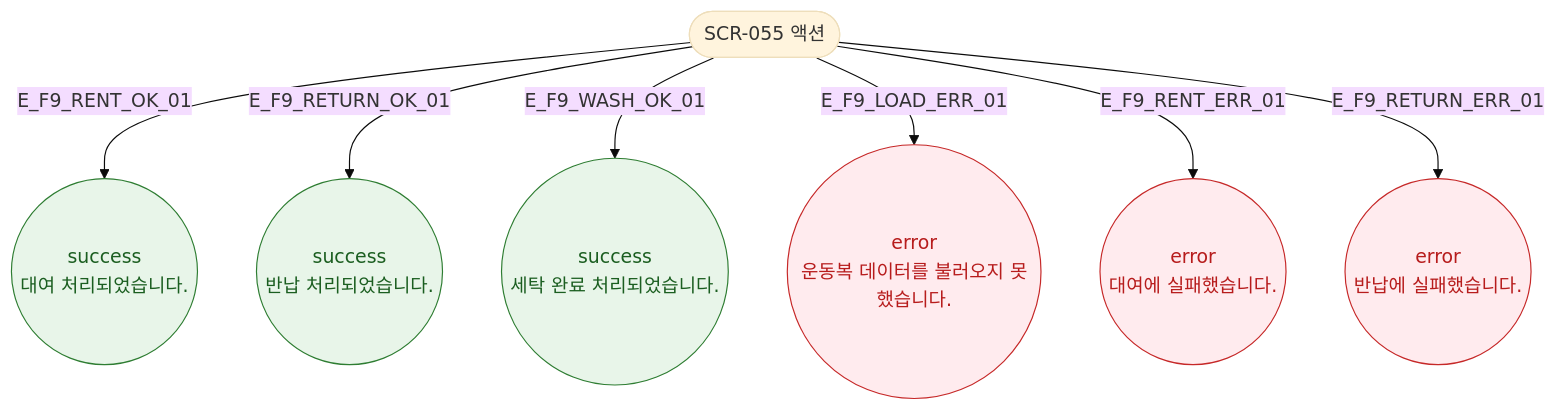
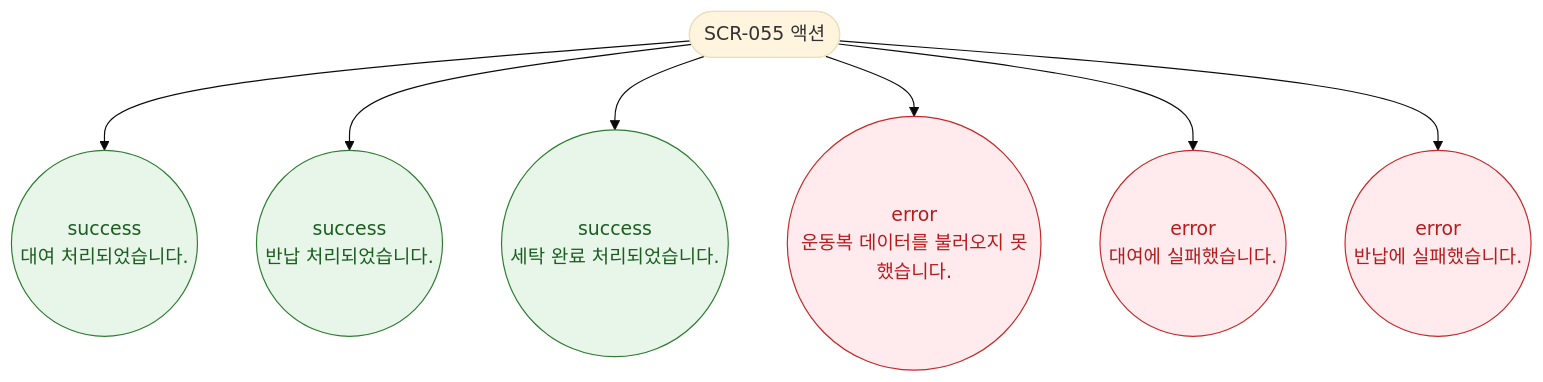
The diagram in docs/다이어그램/D06_시설관리/SCR-055_운동복관리/F9_토스트.md (dev-spogym/admin-pando), drawn with Mermaid (base theme) before and after one commit. The commit also changed other lines of this file and 1660 other files, not shown here.

First line of the commit message:
다이어그램: 기획자/클라이언트 납품본으로 정리

````diff
--- a/docs/다이어그램/D06_시설관리/SCR-055_운동복관리/F9_토스트.md
+++ b/docs/다이어그램/D06_시설관리/SCR-055_운동복관리/F9_토스트.md
@@ -16,16 +14,16 @@
 ```mermaid
 flowchart TD
     TRIGGER([SCR-055 액션])
 
-    TRIGGER -->|E_F9_RENT_OK_01| T_RENT((success\n대여 처리되었습니다.))
-    TRIGGER -->|E_F9_RETURN_OK_01| T_RETURN((success\n반납 처리되었습니다.))
-    TRIGGER -->|E_F9_WASH_OK_01| T_WASH((success\n세탁 완료 처리되었습니다.))
-    TRIGGER -->|E_F9_LOAD_ERR_01| T_LOAD_ERR((error\n운동복 데이터를 불러오지 못했습니다.))
-    TRIGGER -->|E_F9_RENT_ERR_01| T_RENT_ERR((error\n대여에 실패했습니다.))
-    TRIGGER -->|E_F9_RETURN_ERR_01| T_RETURN_ERR((error\n반납에 실패했습니다.))
+    TRIGGER --> T_RENT((success\n대여 처리되었습니다.))
+    TRIGGER --> T_RETURN((success\n반납 처리되었습니다.))
+    TRIGGER --> T_WASH((success\n세탁 완료 처리되었습니다.))
+    TRIGGER --> T_LOAD_ERR((error\n운동복 데이터를 불러오지 못했습니다.))
+    TRIGGER --> T_RENT_ERR((error\n대여에 실패했습니다.))
+    TRIGGER --> T_RETURN_ERR((error\n반납에 실패했습니다.))
 
     classDef success fill:#E8F5E9,stroke:#2E7D32,color:#1B5E20
     classDef error fill:#FFEBEE,stroke:#C62828,color:#B71C1C
     class T_RENT,T_RETURN,T_WASH success
     class T_LOAD_ERR,T_RENT_ERR,T_RETURN_ERR error
 ```
````
